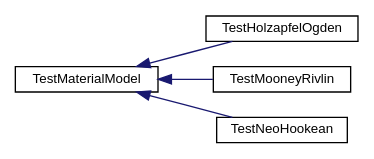
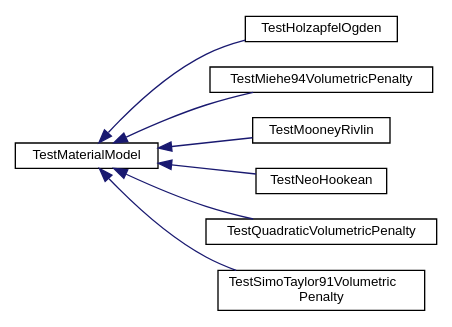
Before and after one commit to aabrown100-git/svMultiPhysics: the diagram in inherit_graph_63.dot, drawn with Graphviz. The commit also changed 210 other files, not shown here.

```diff
--- a/inherit_graph_63.dot
+++ b/inherit_graph_63.dot
@@ -1,14 +1,20 @@
 digraph "Graphical Class Hierarchy"
 {
  // LATEX_PDF_SIZE
   edge [fontname="Helvetica",fontsize="10",labelfontname="Helvetica",labelfontsize="10"];
   node [fontname="Helvetica",fontsize="10",shape=record];
   rankdir="LR";
   Node0 [label="TestMaterialModel",height=0.2,width=0.4,color="black", fillcolor="white", style="filled",URL="$class_test_material_model.html",tooltip=" "];
   Node0 -> Node1 [dir="back",color="midnightblue",fontsize="10",style="solid",fontname="Helvetica"];
-  Node1 [label="TestHolzapfelOgden",height=0.2,width=0.4,color="black", fillcolor="white", style="filled",URL="$class_test_holzapfel_ogden.html",tooltip=" "];
+  Node1 [label="TestHolzapfelOgden",height=0.2,width=0.4,color="black", fillcolor="white", style="filled",URL="$class_test_holzapfel_ogden.html",tooltip="Class for testing the Holzapfel-Ogden material model."];
   Node0 -> Node2 [dir="back",color="midnightblue",fontsize="10",style="solid",fontname="Helvetica"];
-  Node2 [label="TestMooneyRivlin",height=0.2,width=0.4,color="black", fillcolor="white", style="filled",URL="$class_test_mooney_rivlin.html",tooltip=" "];
+  Node2 [label="TestMiehe94VolumetricPenalty",height=0.2,width=0.4,color="black", fillcolor="white", style="filled",URL="$class_test_miehe94_volumetric_penalty.html",tooltip="Class for testing the Miehe94 volumetric penalty model."];
   Node0 -> Node3 [dir="back",color="midnightblue",fontsize="10",style="solid",fontname="Helvetica"];
-  Node3 [label="TestNeoHookean",height=0.2,width=0.4,color="black", fillcolor="white", style="filled",URL="$class_test_neo_hookean.html",tooltip=" "];
+  Node3 [label="TestMooneyRivlin",height=0.2,width=0.4,color="black", fillcolor="white", style="filled",URL="$class_test_mooney_rivlin.html",tooltip="Class for testing the Mooney-Rivlin material model."];
+  Node0 -> Node4 [dir="back",color="midnightblue",fontsize="10",style="solid",fontname="Helvetica"];
+  Node4 [label="TestNeoHookean",height=0.2,width=0.4,color="black", fillcolor="white", style="filled",URL="$class_test_neo_hookean.html",tooltip="Class for testing the Neo-Hookean material model."];
+  Node0 -> Node5 [dir="back",color="midnightblue",fontsize="10",style="solid",fontname="Helvetica"];
+  Node5 [label="TestQuadraticVolumetricPenalty",height=0.2,width=0.4,color="black", fillcolor="white", style="filled",URL="$class_test_quadratic_volumetric_penalty.html",tooltip="Class for testing the quadratic volumetric penalty model."];
+  Node0 -> Node6 [dir="back",color="midnightblue",fontsize="10",style="solid",fontname="Helvetica"];
+  Node6 [label="TestSimoTaylor91Volumetric\lPenalty",height=0.2,width=0.4,color="black", fillcolor="white", style="filled",URL="$class_test_simo_taylor91_volumetric_penalty.html",tooltip="Class for testing the Simo-Taylor91 volumetric penalty model."];
 }
```
